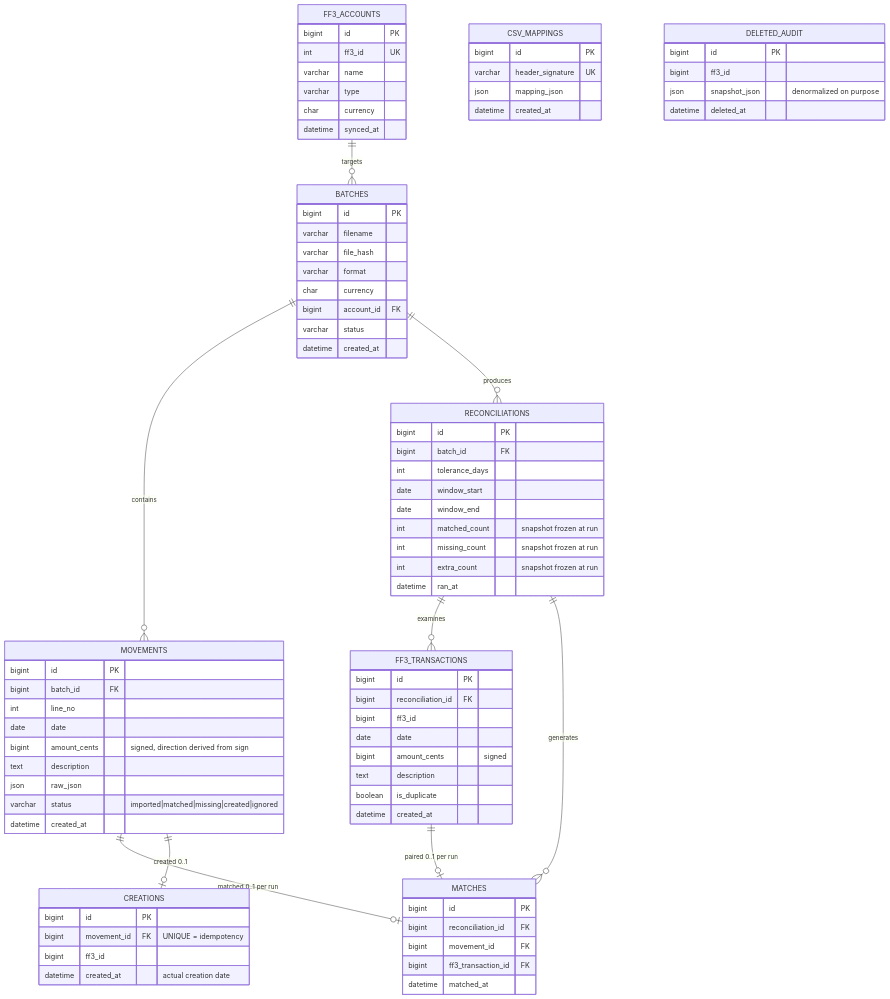
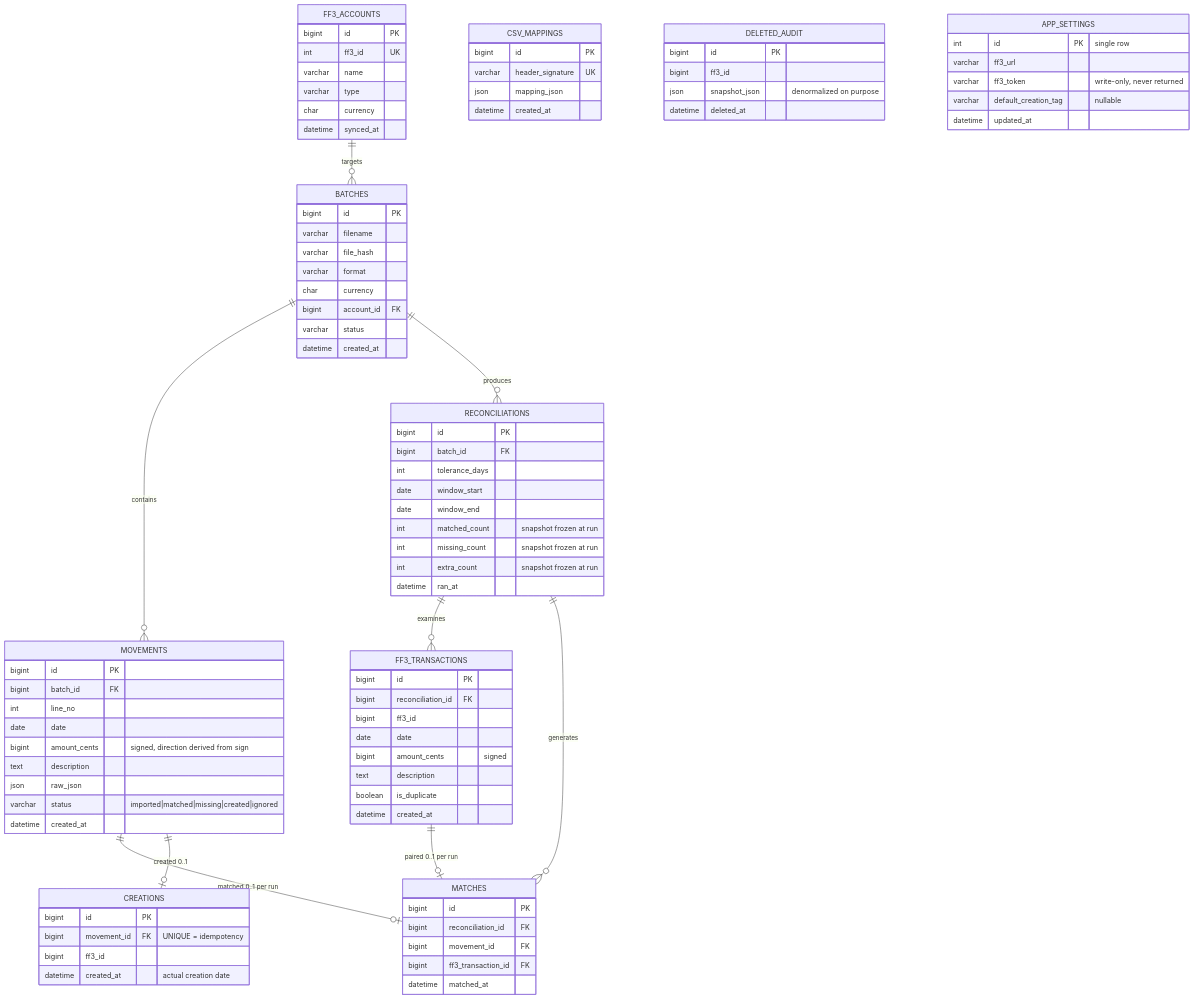
Before and after one commit to eldelahoz/firefly-manager-movement: the second of 2 diagrams in docs/specs/2026-08-14-trd-architecture-technique.md, drawn with Mermaid. The commit also changed other lines of this file and 2 other files, not shown here.

````diff
--- a/docs/specs/2026-08-14-trd-architecture-technique.md
+++ b/docs/specs/2026-08-14-trd-architecture-technique.md
@@ -116,4 +116,11 @@
         json snapshot_json "denormalized on purpose"
         datetime deleted_at
     }
+    APP_SETTINGS {
+        int id PK "single row"
+        varchar ff3_url
+        varchar ff3_token "write-only, never returned"
+        varchar default_creation_tag "nullable"
+        datetime updated_at
+    }
 ```
````
